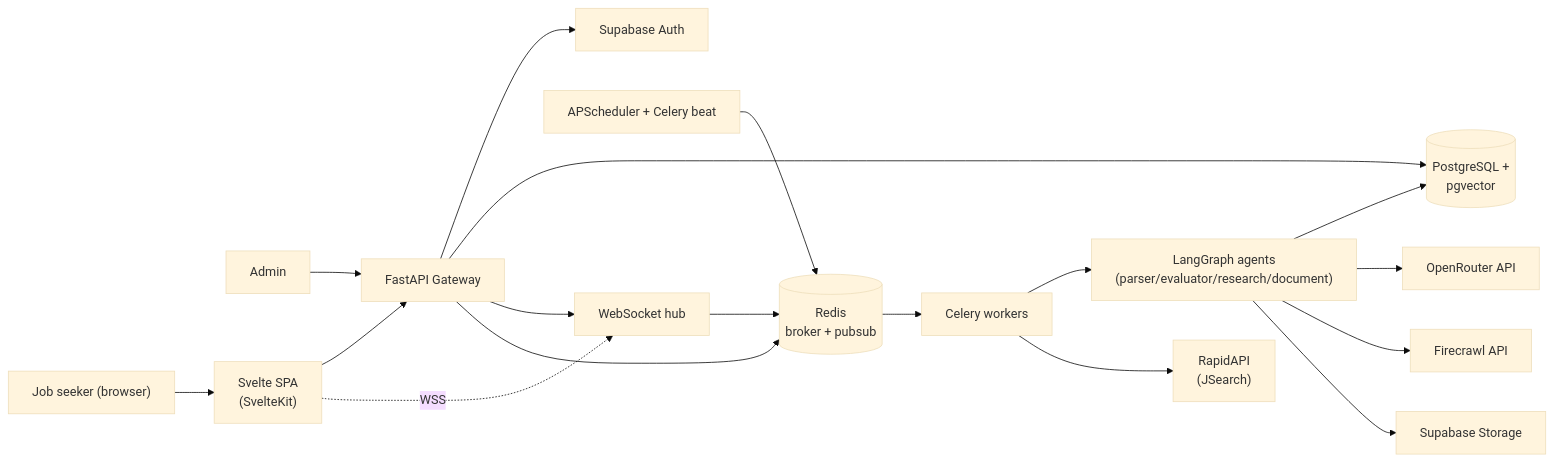
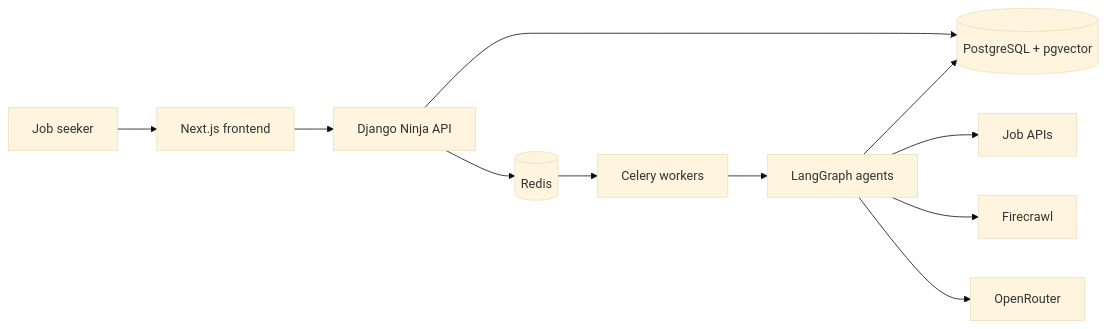
Before and after one commit to Gathondu/kaziro: the diagram in docs/architecture/01-system-overview.md, drawn with Mermaid (base theme). The commit also changed other lines of this file and 561 other files, not shown here.

Commit message:
remove previous fast api and svelte frontend

````diff
--- a/docs/architecture/01-system-overview.md
+++ b/docs/architecture/01-system-overview.md
@@ -72,32 +53,22 @@
 ```mermaid
 flowchart LR
-  user["Job seeker (browser)"]
-  admin["Admin"]
-  fe["Svelte SPA<br/>(SvelteKit)"]
-  api["FastAPI Gateway"]
-  ws["WebSocket hub"]
-  scheduler["APScheduler + Celery beat"]
-  broker[("Redis<br/>broker + pubsub")]
+  user["Job seeker"]
+  frontend["Next.js frontend"]
+  api["Django Ninja API"]
+  broker[("Redis")]
   workers["Celery workers"]
-  agents["LangGraph agents<br/>(parser/evaluator/research/document)"]
-  pg[("PostgreSQL +<br/>pgvector")]
-  supaAuth["Supabase Auth"]
-  supaStore["Supabase Storage"]
-  rapid["RapidAPI<br/>(JSearch)"]
-  firecrawl["Firecrawl API"]
-  openrouter["OpenRouter API"]
+  agents["LangGraph agents"]
+  db[("PostgreSQL + pgvector")]
+  rapid["Job APIs"]
+  firecrawl["Firecrawl"]
+  openrouter["OpenRouter"]
 
-  user --> fe --> api
-  admin --> api
-  api --> supaAuth
-  api --> pg
-  api --> ws --> broker
+  user --> frontend --> api
+  api --> db
   api --> broker
-  scheduler --> broker --> workers --> agents
-  agents --> pg
+  broker --> workers --> agents
+  agents --> db
+  agents --> rapid
+  agents --> firecrawl
   agents --> openrouter
-  agents --> firecrawl
-  workers --> rapid
-  agents --> supaStore
-  fe -.->|WSS| ws
 ```
````
